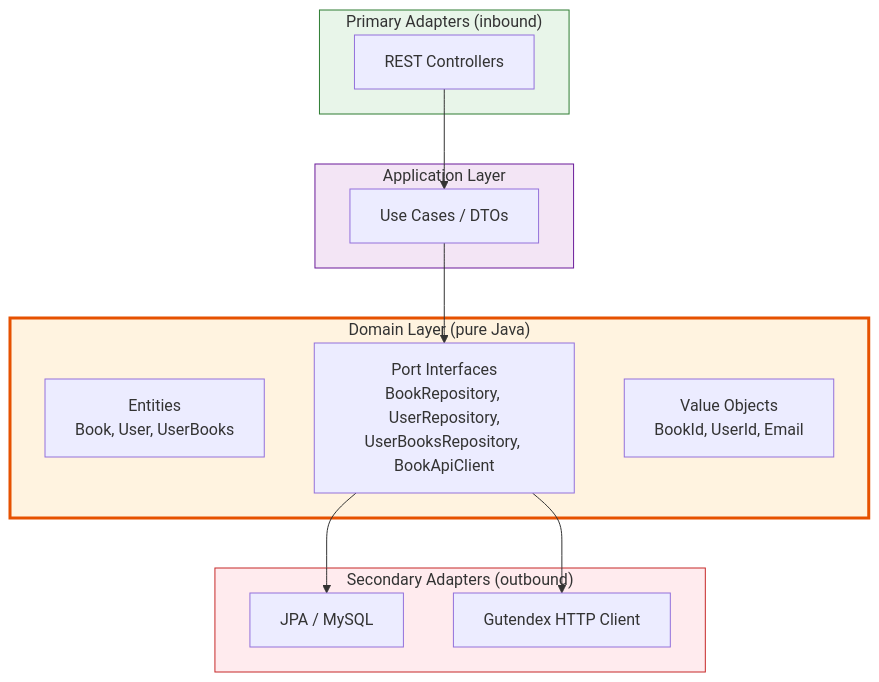
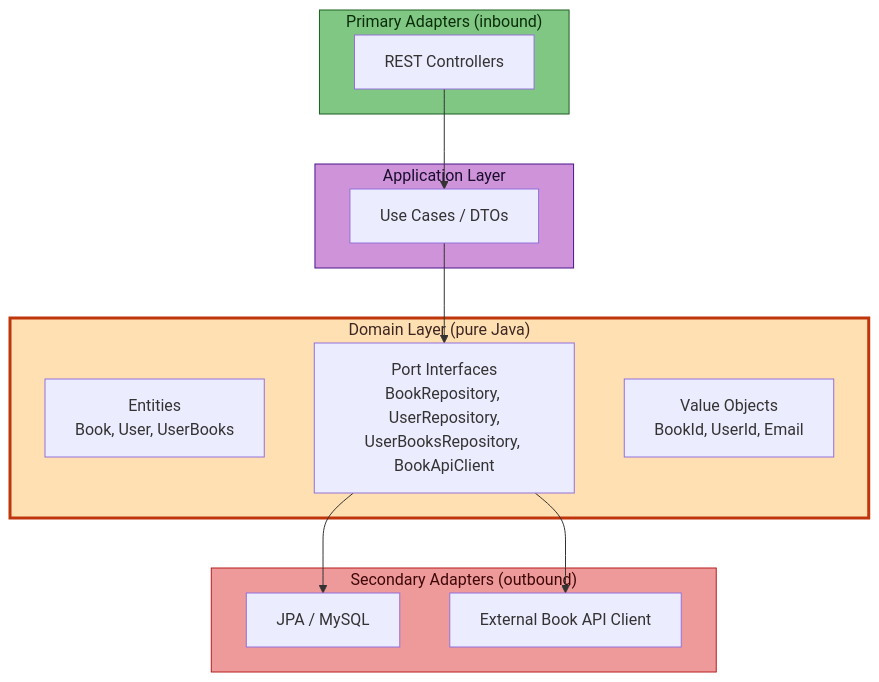
The diagram in README.md (caarlatalita/alexandria), drawn with Mermaid before and after one commit. The commit also changed other lines of this file, not shown here.

````diff
--- a/README.md
+++ b/README.md
@@ -18,26 +18,26 @@
 ```mermaid
 graph TB
     subgraph Primary["Primary Adapters (inbound)"]
         RC[REST Controllers]
     end
     subgraph Application["Application Layer"]
         UC[Use Cases / DTOs]
     end
     subgraph Domain["Domain Layer (pure Java)"]
         ENT[Entities<br/>Book, User, UserBooks]
         P[Port Interfaces<br/>BookRepository, UserRepository,<br/>UserBooksRepository, BookApiClient]
         VO[Value Objects<br/>BookId, UserId, Email]
     end
     subgraph Secondary["Secondary Adapters (outbound)"]
         DB[JPA / MySQL]
-        GUT[Gutendex HTTP Client]
+        EXT[External Book API Client]
     end
 
     RC --> UC --> P
-    P --> DB & GUT
+    P --> DB & EXT
 
-    style Domain fill:#fff3e0,stroke:#e65100,stroke-width:3px
-    style Application fill:#f3e5f5,stroke:#6a1b9a
-    style Primary fill:#e8f5e9,stroke:#2e7d32
-    style Secondary fill:#ffebee,stroke:#c62828
+    style Domain fill:#ffe0b2,stroke:#bf360c,stroke-width:3px,color:#3e2723
+    style Application fill:#ce93d8,stroke:#4a148c,color:#1a0d2e
+    style Primary fill:#81c784,stroke:#1b5e20,color:#0a2e0a
+    style Secondary fill:#ef9a9a,stroke:#b71c1c,color:#3e0808
 ```
````
